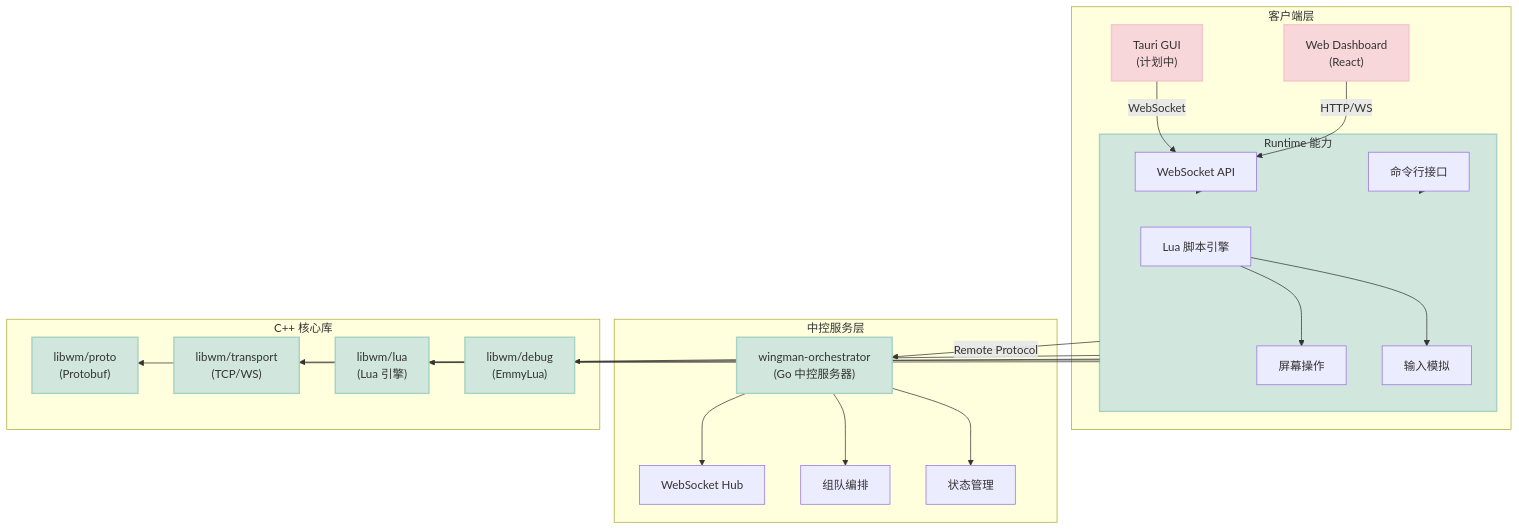
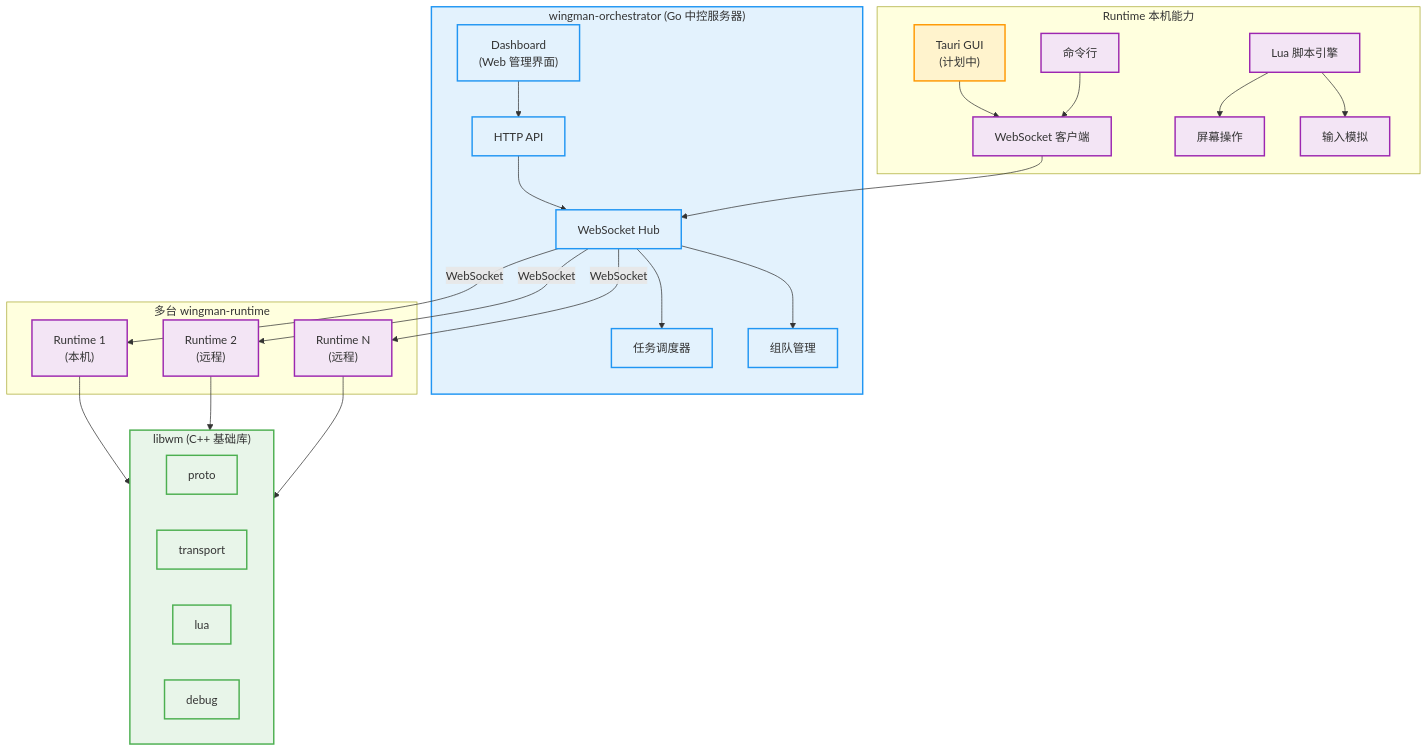
The diagram in README.md (cuihairu/wingman), drawn with Mermaid before and after one commit.

Commit message:
docs: 修正架构图
- orchestrator 控制多台 runtime
- dashboard 是 orchestrator 的一部分
- runtime/gui 是本机运行
- libwm 是 runtime 的基础库

````diff
--- a/README.md
+++ b/README.md
@@ -43,54 +43,63 @@
 ```mermaid
 flowchart TB
-    subgraph Client["客户端层"]
-        GUI["Tauri GUI<br/>(计划中)"]
-        Runtime["wingman-runtime<br/>(C++ 运行时)"]
-        Dashboard["Web Dashboard<br/>(React)"]
+    subgraph Orchestrator["wingman-orchestrator (Go 中控服务器)"]
+        Dashboard["Dashboard<br/>(Web 管理界面)"]
+        API["HTTP API"]
+        WS_Hub["WebSocket Hub"]
+        Scheduler["任务调度器"]
+        TeamMgr["组队管理"]
     end
 
-    subgraph Runtime["Runtime 能力"]
-        CLI["命令行接口"]
-        WS["WebSocket API"]
+    subgraph Runtimes["多台 wingman-runtime"]
+        Runtime1["Runtime 1<br/>(本机)"]
+        Runtime2["Runtime 2<br/>(远程)"]
+        Runtime3["Runtime N<br/>(远程)"]
+    end
+
+    subgraph Runtime1_Details["Runtime 本机能力"]
+        GUI["Tauri GUI<br/>(计划中)"]
+        CLI["命令行"]
+        WS_Client["WebSocket 客户端"]
         Lua["Lua 脚本引擎"]
         Screen["屏幕操作"]
         Input["输入模拟"]
     end
 
-    subgraph Orchestrator["中控服务层"]
-        Orch["wingman-orchestrator<br/>(Go 中控服务器)"]
-        Hub["WebSocket Hub"]
-        Team["组队编排"]
-        State["状态管理"]
+    subgraph Libwm["libwm (C++ 基础库)"]
+        Proto["proto"]
+        Transport["transport"]
+        LuaLib["lua"]
+        Debug["debug"]
     end
 
-    subgraph Libs["C++ 核心库"]
-        Proto["libwm/proto<br/>(Protobuf)"]
-        Transport["libwm/transport<br/>(TCP/WS)"]
-        LuaLib["libwm/lua<br/>(Lua 引擎)"]
-        Debug["libwm/debug<br/>(EmmyLua)"]
-    end
+    Dashboard --> API
+    API --> WS_Hub
+    WS_Hub --> Scheduler
+    WS_Hub --> TeamMgr
 
-    GUI -->|"WebSocket"| WS
-    Dashboard -->|"HTTP/WS"| WS
-    WS --> Runtime
-    CLI --> Runtime
+    WS_Hub -->|"WebSocket"| Runtime1
+    WS_Hub -->|"WebSocket"| Runtime2
+    WS_Hub -->|"WebSocket"| Runtime3
+
+    GUI --> WS_Client
+    CLI --> WS_Client
+    WS_Client --> WS_Hub
     Lua --> Screen
     Lua --> Input
-    Runtime -->|"Remote Protocol"| Orch
-    Orch --> Hub
-    Orch --> Team
-    Orch --> State
-    Runtime --> Proto
-    Runtime --> Transport
-    Runtime --> LuaLib
-    Runtime --> Debug
 
-    classDef plan fill:#fff3cd,stroke:#ffecb5,stroke-width:2px
+    Runtime1 --> Libwm
+    Runtime2 --> Libwm
+    Runtime3 --> Libwm
+
+    classDef orch fill:#e3f2fd,stroke:#2196f3,stroke-width:2px
+    class Orchestrator,Dashboard,API,WS_Hub,Scheduler,TeamMgr orch
+
+    classDef run fill:#f3e5f5,stroke:#9c27b0,stroke-width:2px
+    class Runtime1,Runtime2,Runtime3,GUI,CLI,WS_Client,Lua,Screen,Input run
+
+    classDef lib fill:#e8f5e9,stroke:#4caf50,stroke-width:2px
+    class Libwm,Proto,Transport,LuaLib,Debug lib
+
+    classDef plan fill:#fff3cd,stroke:#ff9800,stroke-width:2px,dasharray: 5 5
     class GUI plan
-
-    classDef core fill:#d1e7dd,stroke:#a7d3c4,stroke-width:2px
-    class Runtime,Orch,Proto,Transport,LuaLib,Debug core
-
-    classDef future fill:#f8d7da,stroke:#f5c6cb,stroke-width:2px
-    class GUI,Dashboard future
 ```
````
